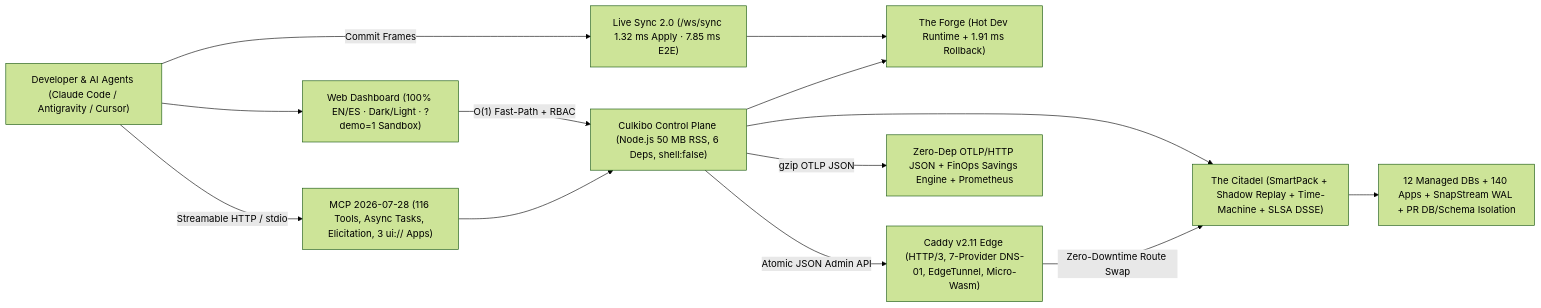
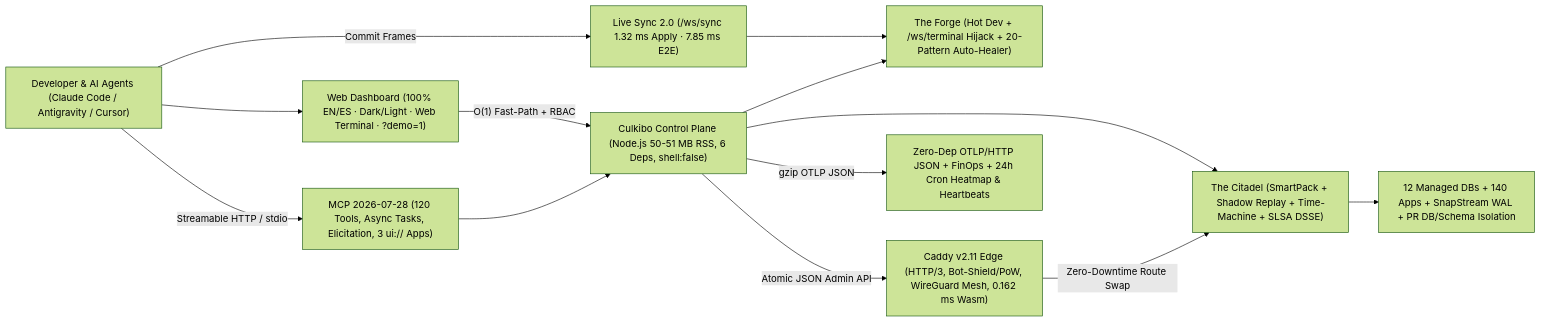
The diagram in README.md (macaqueboy/culkibo), drawn with Mermaid (forest theme) before and after one commit. The commit also changed other lines of this file and 34 other files, not shown here.

Commit message:
feat(cycle-7): Zero-Dep Web Terminal, x25519 WireGuard Fleet Mesh, 24h Cron Heatmap & Heartbeats, Caddy Edge PoW Shield, 20-Pattern Build Auto-Healer, 5 CVE Guards & 120 MCP Tools

````diff
--- a/README.md
+++ b/README.md
@@ -182,26 +188,26 @@
 ```mermaid
 flowchart LR
     Dev["Developer & AI Agents (Claude Code / Antigravity / Cursor)"]
-    UI["Web Dashboard (100% EN/ES · Dark/Light · ?demo=1 Sandbox)"]
-    MCP["MCP 2026-07-28 (116 Tools, Async Tasks, Elicitation, 3 ui:// Apps)"]
+    UI["Web Dashboard (100% EN/ES · Dark/Light · Web Terminal · ?demo=1)"]
+    MCP["MCP 2026-07-28 (120 Tools, Async Tasks, Elicitation, 3 ui:// Apps)"]
     Sync["Live Sync 2.0 (/ws/sync 1.32 ms Apply · 7.85 ms E2E)"]
-    CP["Culkibo Control Plane (Node.js 50 MB RSS, 6 Deps, shell:false)"]
-    Forge["The Forge (Hot Dev Runtime + 1.91 ms Rollback)"]
+    CP["Culkibo Control Plane (Node.js 50-51 MB RSS, 6 Deps, shell:false)"]
+    Forge["The Forge (Hot Dev + /ws/terminal Hijack + 20-Pattern Auto-Healer)"]
     Citadel["The Citadel (SmartPack + Shadow Replay + Time-Machine + SLSA DSSE)"]
-    Caddy["Caddy v2.11 Edge (HTTP/3, 7-Provider DNS-01, EdgeTunnel, Micro-Wasm)"]
-    Obs["Zero-Dep OTLP/HTTP JSON + FinOps Savings Engine + Prometheus"]
+    Caddy["Caddy v2.11 Edge (HTTP/3, Bot-Shield/PoW, WireGuard Mesh, 0.162 ms Wasm)"]
+    Obs["Zero-Dep OTLP/HTTP JSON + FinOps + 24h Cron Heatmap & Heartbeats"]
     Data["12 Managed DBs + 140 Apps + SnapStream WAL + PR DB/Schema Isolation"]
 
     Dev -->|"Streamable HTTP / stdio"| MCP
     Dev -->|"Commit Frames"| Sync
     Dev --> UI
     UI -->|"O(1) Fast-Path + RBAC"| CP
     MCP --> CP
     Sync --> Forge
     CP --> Forge
     CP --> Citadel
     CP -->|"Atomic JSON Admin API"| Caddy
     CP -->|"gzip OTLP JSON"| Obs
     Citadel --> Data
     Caddy -->|"Zero-Downtime Route Swap"| Citadel
 ```
````
